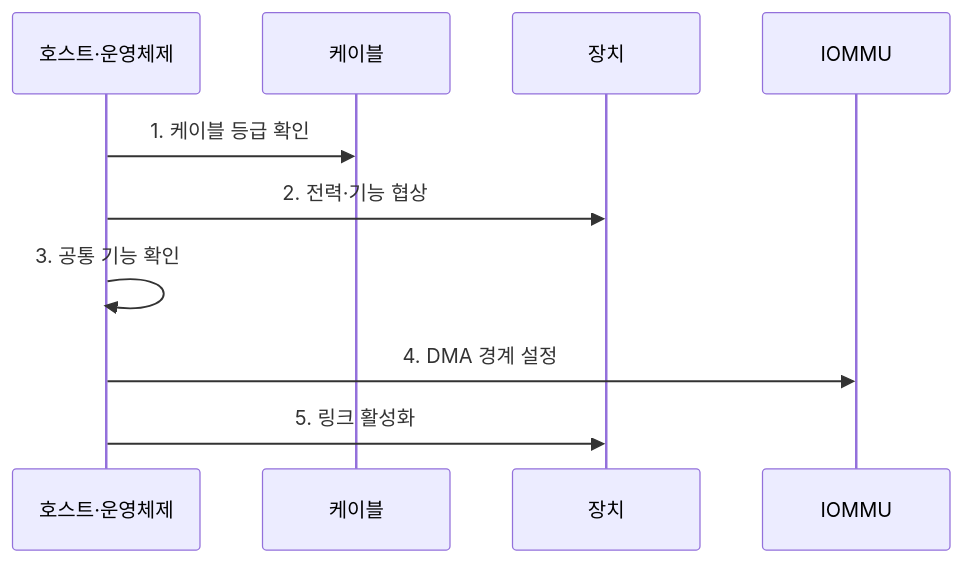
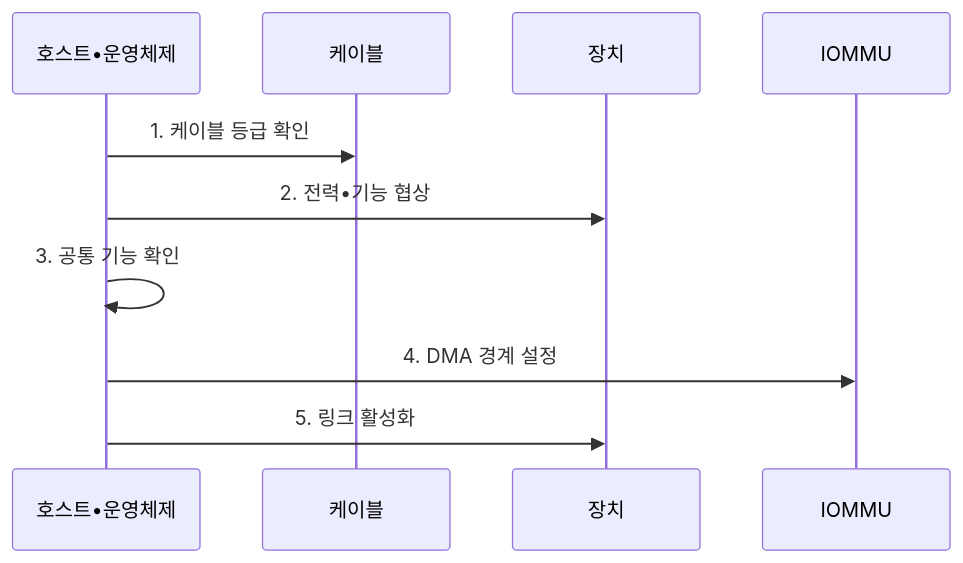
Before and after one commit to agnusdei1207/knowledge-base: the second of 2 diagrams in src/content/docs/notes/02-hardware/088_high_speed_serial_interface.md, drawn with Mermaid. The commit also changed other lines of this file and 953 other files, not shown here.

````diff
--- a/src/content/docs/notes/02-hardware/088_high_speed_serial_interface.md
+++ b/src/content/docs/notes/02-hardware/088_high_speed_serial_interface.md
@@ -99,12 +99,12 @@
 ```mermaid
 sequenceDiagram
-    participant H as 호스트·운영체제
+    participant H as 호스트•운영체제
     participant C as 케이블
     participant D as 장치
     participant I as IOMMU
     H->>C: 1. 케이블 등급 확인
-    H->>D: 2. 전력·기능 협상
+    H->>D: 2. 전력•기능 협상
     H->>H: 3. 공통 기능 확인
     H->>I: 4. DMA 경계 설정
     H->>D: 5. 링크 활성화
 ```
````
